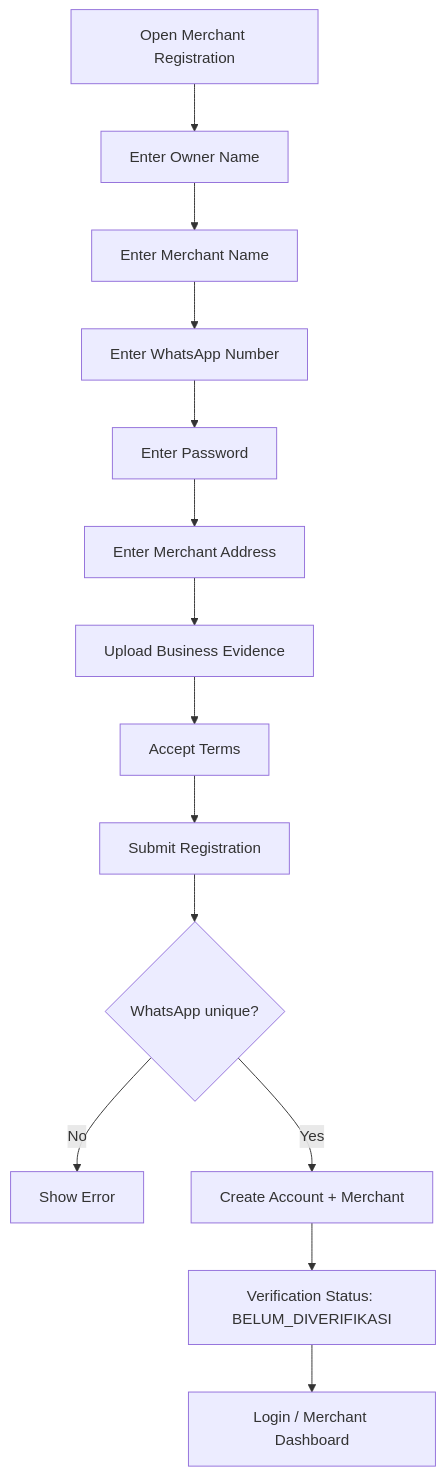
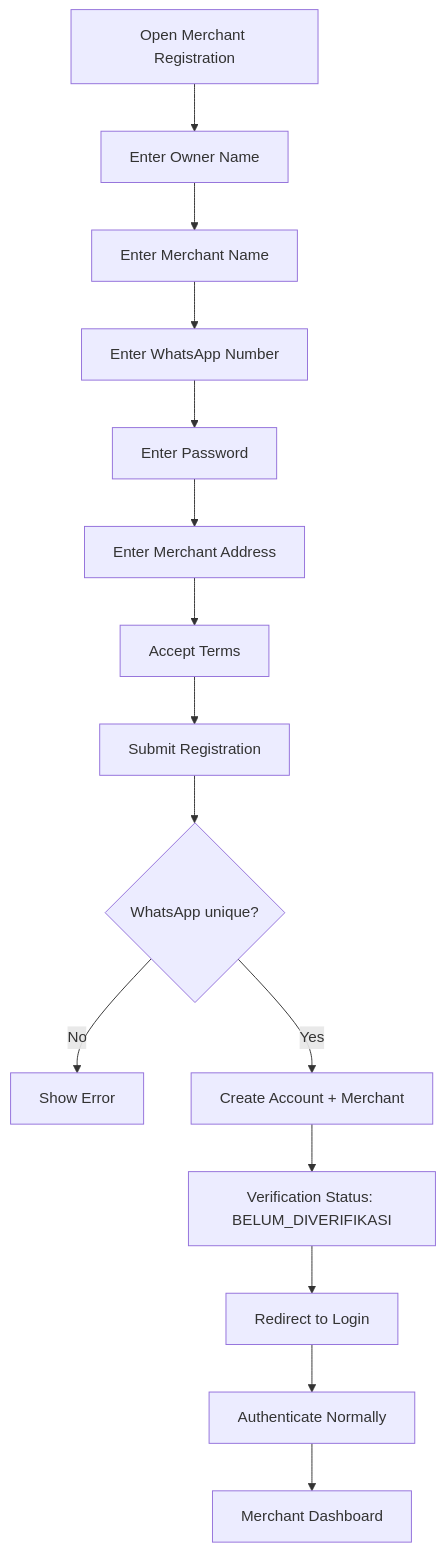
Before and after one commit to god1mas/sungairujing-marketplace: diagram 16 of 48 in docs/USER-FLOW.md, drawn with Mermaid. The commit also changed other lines of this file and 75 other files, not shown here.

````diff
--- a/docs/USER-FLOW.md
+++ b/docs/USER-FLOW.md
@@ -625,16 +625,17 @@
 ```mermaid
 flowchart TD
     A[Open Merchant Registration] --> B[Enter Owner Name]
     B --> C[Enter Merchant Name]
     C --> D[Enter WhatsApp Number]
     D --> E[Enter Password]
     E --> F[Enter Merchant Address]
-    F --> G[Upload Business Evidence]
-    G --> H[Accept Terms]
+    F --> H[Accept Terms]
     H --> I[Submit Registration]
     I --> J{WhatsApp unique?}
     J -->|No| K[Show Error]
     J -->|Yes| L[Create Account + Merchant]
     L --> M[Verification Status: BELUM_DIVERIFIKASI]
-    M --> N[Login / Merchant Dashboard]
+    M --> N[Redirect to Login]
+    N --> O[Authenticate Normally]
+    O --> P[Merchant Dashboard]
 ```
````
